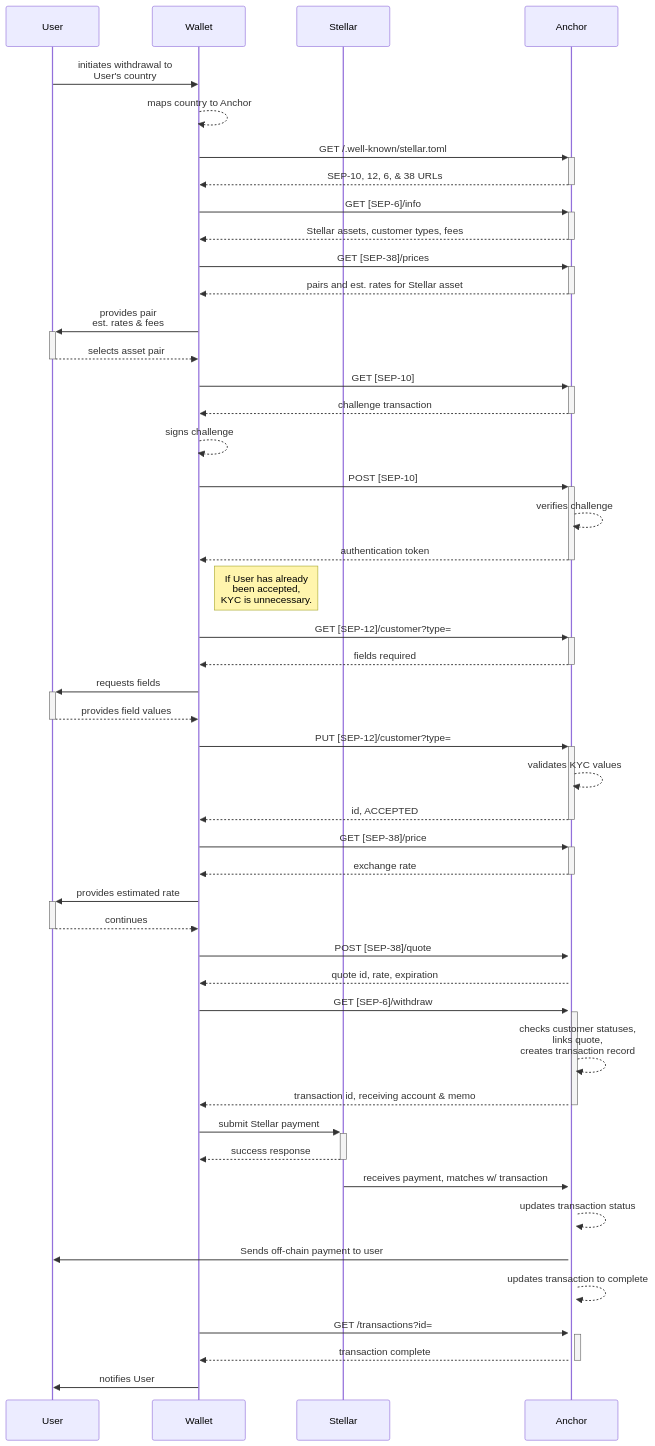
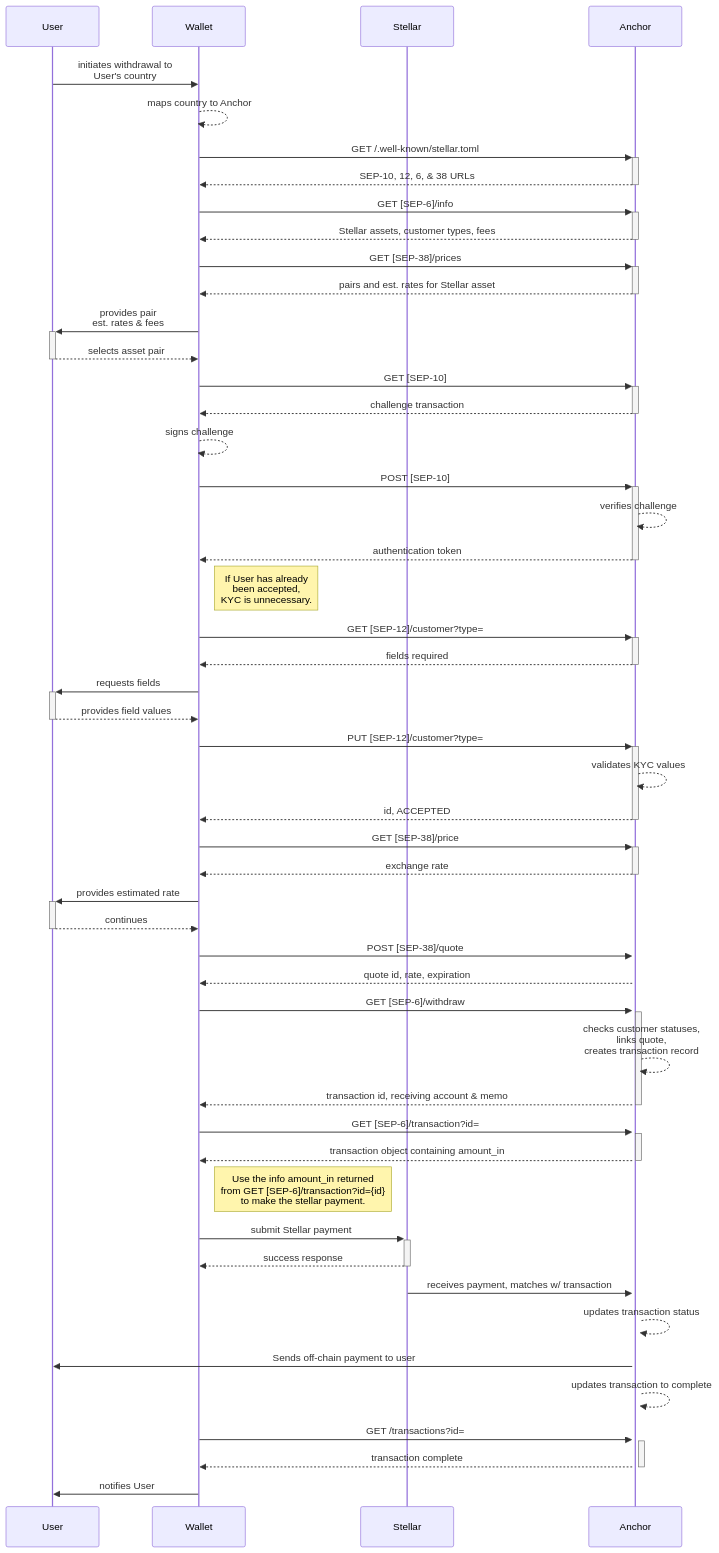
The diagram in ecosystem/sep-0006.md (stellar/stellar-protocol), drawn with Mermaid before and after one commit. The commit also changed other lines of this file, not shown here.

Commit message:
Update instructions to enforce the Wallet needs to reach out to the `GET /transaction?id={id}` endpoint to get the payment `amount_in` before making the payment.

````diff
--- a/ecosystem/sep-0006.md
+++ b/ecosystem/sep-0006.md
@@ -41,58 +41,62 @@
 ```mermaid
 sequenceDiagram 
     participant User
     participant Wallet
     participant Stellar
     participant Anchor
     User->>Wallet: initiates withdrawal to <br> User's country
     Wallet-->>Wallet: maps country to Anchor
 
     Wallet->>+Anchor: GET /.well-known/stellar.toml
     Anchor-->>-Wallet: SEP-10, 12, 6, & 38 URLs
     Wallet->>+Anchor: GET [SEP-6]/info
     Anchor-->>-Wallet: Stellar assets, customer types, fees
     Wallet->>+Anchor: GET [SEP-38]/prices
     Anchor-->>-Wallet: pairs and est. rates for Stellar asset
 
     Wallet->>+User: provides pair <br> est. rates & fees
     User-->>-Wallet: selects asset pair
 
     Wallet->>+Anchor: GET [SEP-10]
     Anchor-->>-Wallet: challenge transaction
     Wallet-->>Wallet: signs challenge
     Wallet->>+Anchor: POST [SEP-10]
     Anchor-->>Anchor: verifies challenge
     Anchor-->>-Wallet: authentication token
 
     
     note right of Wallet: If User has already <br> been accepted, <br> KYC is unnecessary.
     Wallet->>+Anchor: GET [SEP-12]/customer?type=
     Anchor-->>-Wallet: fields required
     Wallet->>+User: requests fields
     User-->>-Wallet: provides field values
     Wallet->>+Anchor: PUT [SEP-12]/customer?type=
     Anchor-->>Anchor: validates KYC values
     Anchor-->>-Wallet: id, ACCEPTED
 
     Wallet->>+Anchor: GET [SEP-38]/price
     Anchor-->>-Wallet: exchange rate
     Wallet->>+User: provides estimated rate
     User-->>-Wallet: continues
     Wallet->>+Anchor: POST [SEP-38]/quote
     Anchor-->>Wallet: quote id, rate, expiration
     
     Wallet->>+Anchor: GET [SEP-6]/withdraw
     Anchor-->>Anchor: checks customer statuses, <br> links quote, <br> creates transaction record
     Anchor-->>-Wallet: transaction id, receiving account & memo
 
+    Wallet->>+Anchor: GET [SEP-6]/transaction?id=
+    Anchor-->>-Wallet: transaction object containing amount_in
+    note right of Wallet: Use the info amount_in returned <br> from GET [SEP-6]/transaction?id={id} <br> to make the stellar payment.
+
     Wallet->>+Stellar: submit Stellar payment
     Stellar-->>-Wallet: success response
     Stellar->>+Anchor: receives payment, matches w/ transaction
     Anchor-->>Anchor: updates transaction status
 
     Anchor->>User: Sends off-chain payment to user
     Anchor-->>Anchor: updates transaction to complete
     Wallet->>+Anchor: GET /transactions?id=
     Anchor-->>-Wallet: transaction complete
     Wallet->>User: notifies User
 ```
````
